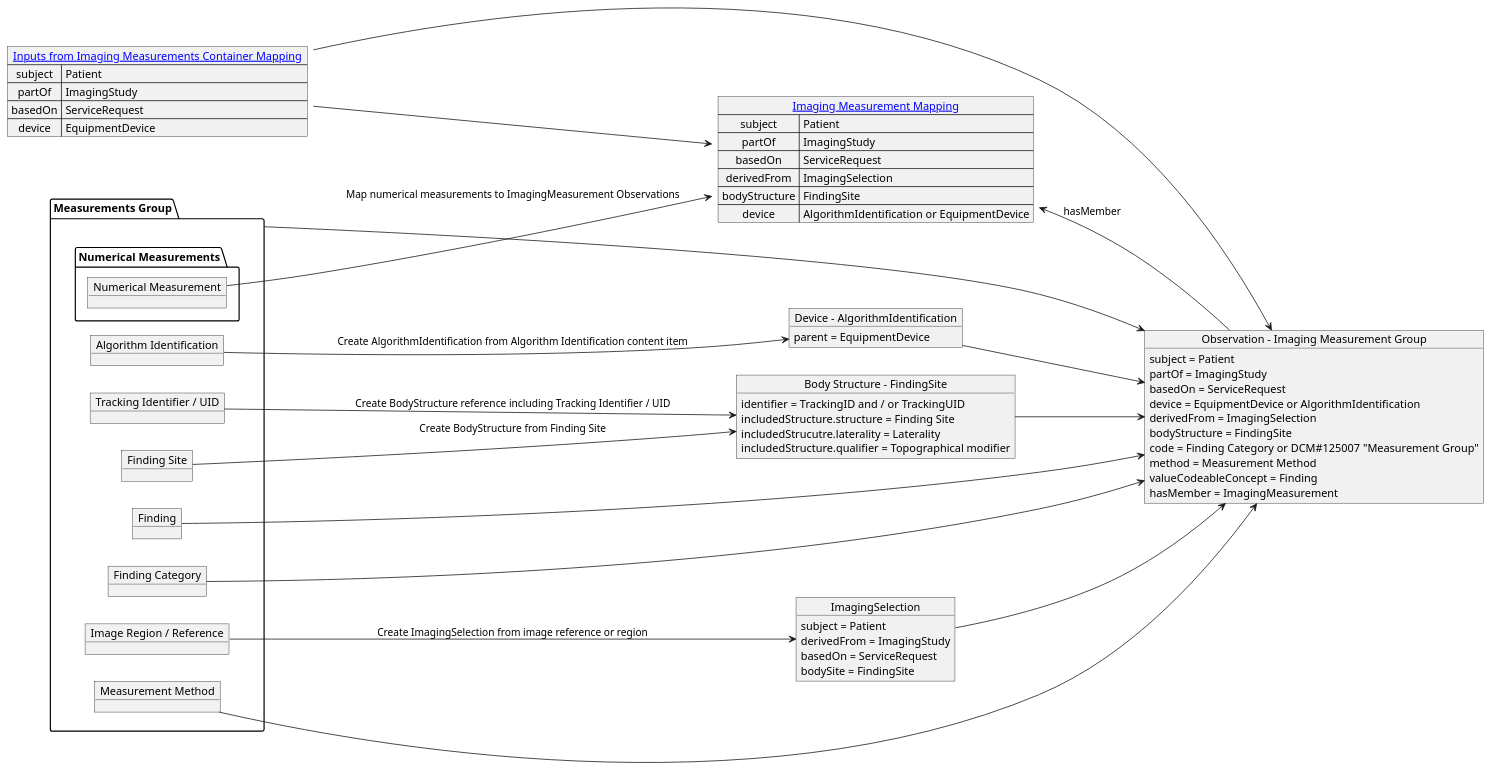
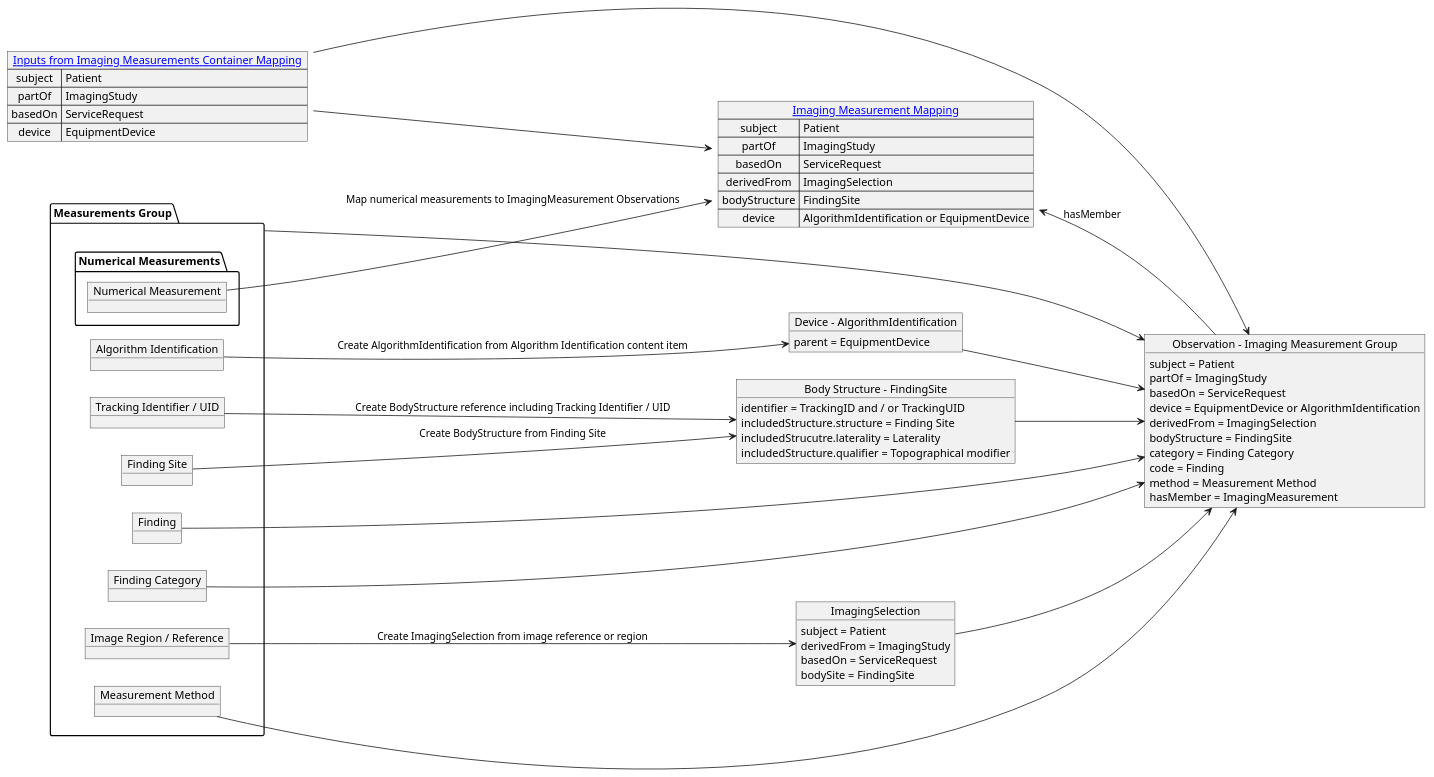
The diagram in input/images-source/4_5_imaging_measurement_group_mapping.plantuml (HL7/dicom-sr), drawn with PlantUML before and after one commit. The commit also changed 5 other files, not shown here.

Commit message:
* FHIR-47460   * Update ImagingMeasurementGroup mapping and profile as follows     * Finding Category maps to .category     * Finding (code) maps to .code     * ValueCodeableConcept no longer present as per grouping pattern

```diff
--- a/input/images-source/4_5_imaging_measurement_group_mapping.plantuml
+++ b/input/images-source/4_5_imaging_measurement_group_mapping.plantuml
@@ -1,81 +1,81 @@
 @startuml imaging_measurement_group_mapping
 left to right direction
 
 map "[[mapping.html#imaging-measurements-container-mapping Inputs from Imaging Measurements Container Mapping]]" as inputs {
    subject => Patient
    partOf => ImagingStudy
    basedOn => ServiceRequest
    device => EquipmentDevice
 }
 
 package "Measurements Group" as measurementGroup {
    object "Algorithm Identification" as algorithm
    object "Tracking Identifier / UID" as tracking
    object "Finding" as finding
    object "Finding Category" as findingCategory
    object "Finding Site" as findingSite
    object "Image Region / Reference" as imageRegion
    object "Measurement Method" as method
    package "Numerical Measurements" {
     object "Numerical Measurement" as measurement
    }
 }
 
 object "Device - AlgorithmIdentification" as AlgorithmIdentification {
     parent = EquipmentDevice
 }
 
 object "Body Structure - FindingSite" as FindingSite {
     identifier = TrackingID and / or TrackingUID
     includedStructure.structure = Finding Site
     includedStrucutre.laterality = Laterality
     includedStructure.qualifier = Topographical modifier
 }
 
 object ImagingSelection {
         subject = Patient
         derivedFrom = ImagingStudy
         basedOn = ServiceRequest
         bodySite = FindingSite
 }
 
 object "Observation - Imaging Measurement Group" as imagingMeasurementGroup {
     subject = Patient
     partOf = ImagingStudy
     basedOn = ServiceRequest
     device = EquipmentDevice or AlgorithmIdentification
     derivedFrom = ImagingSelection
     bodyStructure = FindingSite
-    code = Finding Category or DCM#125007 "Measurement Group"
+    category = Finding Category
+    code = Finding
     method = Measurement Method
-    valueCodeableConcept = Finding
     hasMember = ImagingMeasurement
 }
 
 map "[[mapping.html#imaging-measurement-mapping Imaging Measurement Mapping]]" as imagingMeasurementMap {
     subject => Patient
     partOf => ImagingStudy
     basedOn => ServiceRequest
     derivedFrom => ImagingSelection
     bodyStructure => FindingSite
     device => AlgorithmIdentification or EquipmentDevice
 }
 
 algorithm --> AlgorithmIdentification: Create AlgorithmIdentification from Algorithm Identification content item
 tracking --> FindingSite: Create BodyStructure reference including Tracking Identifier / UID
 findingSite --> FindingSite: Create BodyStructure from Finding Site
 imageRegion --> ImagingSelection: Create ImagingSelection from image reference or region
 
 inputs --> imagingMeasurementGroup
 AlgorithmIdentification --> imagingMeasurementGroup
 finding --> imagingMeasurementGroup
 findingCategory --> imagingMeasurementGroup
 FindingSite --> imagingMeasurementGroup
 ImagingSelection --> imagingMeasurementGroup
 measurementGroup --> imagingMeasurementGroup
 method --> imagingMeasurementGroup
 
 inputs --> imagingMeasurementMap
 measurement --> imagingMeasurementMap: Map numerical measurements to ImagingMeasurement Observations
 imagingMeasurementMap <-- imagingMeasurementGroup: hasMember
 @enduml
```
